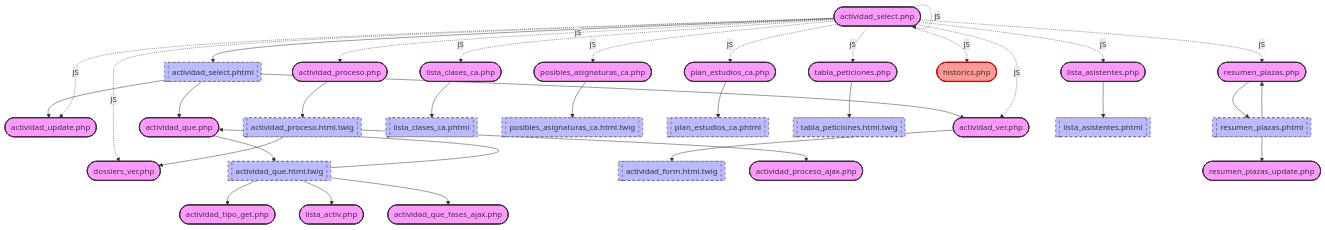
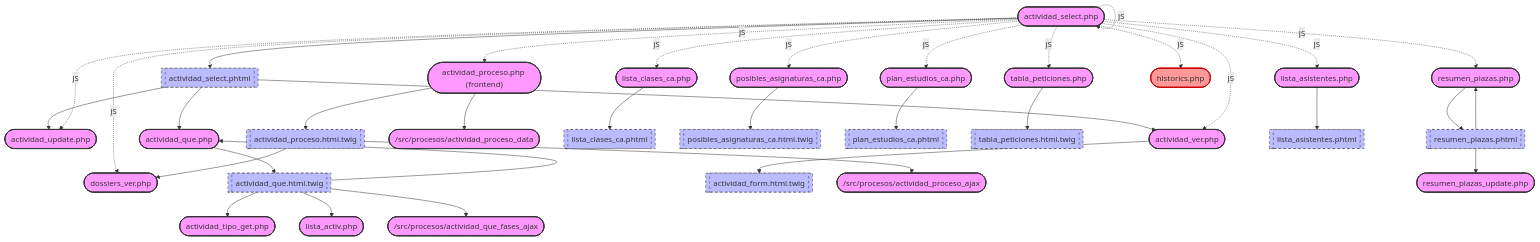
The diagram in documentacion/Documentacion_Obix/actividades/mapa_actividad_select.md (olvidio/orbix), drawn with Mermaid before and after one commit. The commit also changed 18 other files, not shown here.

First line of the commit message:
refactor(procesos slice 4): migra actividad_proceso + ajax + actividad_que_fases_ajax a frontend/src

````diff
--- a/documentacion/Documentacion_Obix/actividades/mapa_actividad_select.md
+++ b/documentacion/Documentacion_Obix/actividades/mapa_actividad_select.md
@@ -1,45 +1,46 @@
 ```mermaid
 flowchart TD
     %% Estils de nodes
     classDef controller fill:#f9f,stroke:#333,stroke-width:2px;
     classDef vista fill:#bbf,stroke:#333,stroke-width:1px,stroke-dasharray: 5 5;
     classDef error fill:#ff9999,stroke:#cc0000,stroke-width:2px;
 
     apps_actividades_controller_actividad_select_php(["actividad_select.php"]):::controller --> apps_actividades_view_actividad_select_phtml[["actividad_select.phtml"]]:::vista
     apps_actividades_view_actividad_select_phtml --> apps_actividades_controller_actividad_update_php(["actividad_update.php"]):::controller
     apps_actividades_view_actividad_select_phtml --> apps_actividades_controller_actividad_que_php(["actividad_que.php"]):::controller
     apps_actividades_view_actividad_select_phtml --> apps_actividades_controller_actividad_ver_php(["actividad_ver.php"]):::controller
     %% DESTÍ NO RESOLT des de apps_actividades_view_actividad_select_phtml: $oHash->getCamposHtml(); [DESTÍ NO RESOLT]
     %% DESTÍ NO RESOLT des de apps_actividades_view_actividad_select_phtml: $oHashSel->getCamposHtml(); [DESTÍ NO RESOLT]
     apps_actividades_controller_actividad_select_php -. JS .-> apps_actividades_controller_actividad_select_php(["actividad_select.php"]):::controller
     apps_actividades_controller_actividad_select_php -. JS .-> apps_actividades_controller_actividad_update_php(["actividad_update.php"]):::controller
-    apps_actividades_controller_actividad_select_php -. JS .-> apps_procesos_controller_actividad_proceso_php(["actividad_proceso.php"]):::controller
+    apps_actividades_controller_actividad_select_php -. JS .-> frontend_procesos_controller_actividad_proceso_php(["actividad_proceso.php (frontend)"]):::controller
     apps_actividades_controller_actividad_select_php -. JS .-> apps_actividades_controller_actividad_ver_php(["actividad_ver.php"]):::controller
     apps_actividades_controller_actividad_select_php -. JS .-> apps_actividadestudios_controller_lista_clases_ca_php(["lista_clases_ca.php"]):::controller
     apps_actividades_controller_actividad_select_php -. JS .-> apps_actividadestudios_controller_posibles_asignaturas_ca_php(["posibles_asignaturas_ca.php"]):::controller
     apps_actividades_controller_actividad_select_php -. JS .-> apps_actividadestudios_controller_plan_estudios_ca_php(["plan_estudios_ca.php"]):::controller
     apps_actividades_controller_actividad_select_php -. JS .-> apps_dossiers_controller_dossiers_ver_php(["dossiers_ver.php"]):::controller
     apps_actividades_controller_actividad_select_php -. JS .-> apps_asistentes_controller_tabla_peticiones_php(["tabla_peticiones.php"]):::controller
     apps_actividades_controller_actividad_select_php -. JS .-> apps_actividadplazas_controller_resumen_plazas_php(["resumen_plazas.php"]):::controller
     apps_actividades_controller_actividad_select_php -. JS .-> apps_asistentes_controller_lista_asistentes_php(["lista_asistentes.php"]):::controller
     apps_actividades_controller_actividad_select_php -. JS .-> apps_actividades_controller_dossiers_historics_php(["historics.php"]):::controller
     apps_actividades_controller_actividad_que_php(["actividad_que.php"]):::controller --> apps_actividades_view_actividad_que_html_twig[["actividad_que.html.twig"]]:::vista
     apps_actividades_view_actividad_que_html_twig --> apps_actividades_controller_actividad_tipo_get_php(["actividad_tipo_get.php"]):::controller
     apps_actividades_view_actividad_que_html_twig --> apps_actividades_controller_lista_activ_php(["lista_activ.php"]):::controller
     apps_actividades_view_actividad_que_html_twig --> apps_actividades_controller_actividad_que_php(["actividad_que.php"]):::controller
-    apps_actividades_view_actividad_que_html_twig --> apps_procesos_controller_actividad_que_fases_ajax_php(["actividad_que_fases_ajax.php"]):::controller
+    apps_actividades_view_actividad_que_html_twig --> src_procesos_actividad_que_fases_ajax(["/src/procesos/actividad_que_fases_ajax"]):::controller
     apps_actividades_controller_actividad_ver_php(["actividad_ver.php"]):::controller --> apps_actividades_view_actividad_form_html_twig[["actividad_form.html.twig"]]:::vista
-    apps_procesos_controller_actividad_proceso_php(["actividad_proceso.php"]):::controller --> apps_procesos_view_actividad_proceso_html_twig[["actividad_proceso.html.twig"]]:::vista
-    apps_procesos_view_actividad_proceso_html_twig --> apps_dossiers_controller_dossiers_ver_php(["dossiers_ver.php"]):::controller
-    apps_procesos_view_actividad_proceso_html_twig --> apps_procesos_controller_actividad_proceso_ajax_php(["actividad_proceso_ajax.php"]):::controller
+    frontend_procesos_controller_actividad_proceso_php --> frontend_procesos_view_actividad_proceso_html_twig[["actividad_proceso.html.twig"]]:::vista
+    frontend_procesos_controller_actividad_proceso_php --> src_procesos_actividad_proceso_data(["/src/procesos/actividad_proceso_data"]):::controller
+    frontend_procesos_view_actividad_proceso_html_twig --> apps_dossiers_controller_dossiers_ver_php(["dossiers_ver.php"]):::controller
+    frontend_procesos_view_actividad_proceso_html_twig --> src_procesos_actividad_proceso_ajax(["/src/procesos/actividad_proceso_ajax"]):::controller
     apps_actividadestudios_controller_lista_clases_ca_php(["lista_clases_ca.php"]):::controller --> apps_actividadestudios_view_lista_clases_ca_phtml[["lista_clases_ca.phtml"]]:::vista
     apps_actividadestudios_controller_posibles_asignaturas_ca_php(["posibles_asignaturas_ca.php"]):::controller --> apps_actividadestudios_view_posibles_asignaturas_ca_html_twig[["posibles_asignaturas_ca.html.twig"]]:::vista
     apps_actividadestudios_controller_plan_estudios_ca_php(["plan_estudios_ca.php"]):::controller --> apps_actividadestudios_view_plan_estudios_ca_phtml[["plan_estudios_ca.phtml"]]:::vista
     apps_asistentes_controller_tabla_peticiones_php(["tabla_peticiones.php"]):::controller --> apps_asistentes_view_tabla_peticiones_html_twig[["tabla_peticiones.html.twig"]]:::vista
     apps_actividadplazas_controller_resumen_plazas_php(["resumen_plazas.php"]):::controller --> apps_actividadplazas_view_resumen_plazas_phtml[["resumen_plazas.phtml"]]:::vista
     apps_actividadplazas_view_resumen_plazas_phtml --> apps_actividadplazas_controller_resumen_plazas_update_php(["resumen_plazas_update.php"]):::controller
     apps_actividadplazas_view_resumen_plazas_phtml --> apps_actividadplazas_controller_resumen_plazas_php(["resumen_plazas.php"]):::controller
     %% DESTÍ NO RESOLT des de apps_actividadplazas_view_resumen_plazas_phtml: $oHash->getCamposHtml(); [DESTÍ NO RESOLT]
     apps_asistentes_controller_lista_asistentes_php(["lista_asistentes.php"]):::controller --> apps_asistentes_view_lista_asistentes_phtml[["lista_asistentes.phtml"]]:::vista
     class apps_actividades_controller_dossiers_historics_php error;
 ```
````
